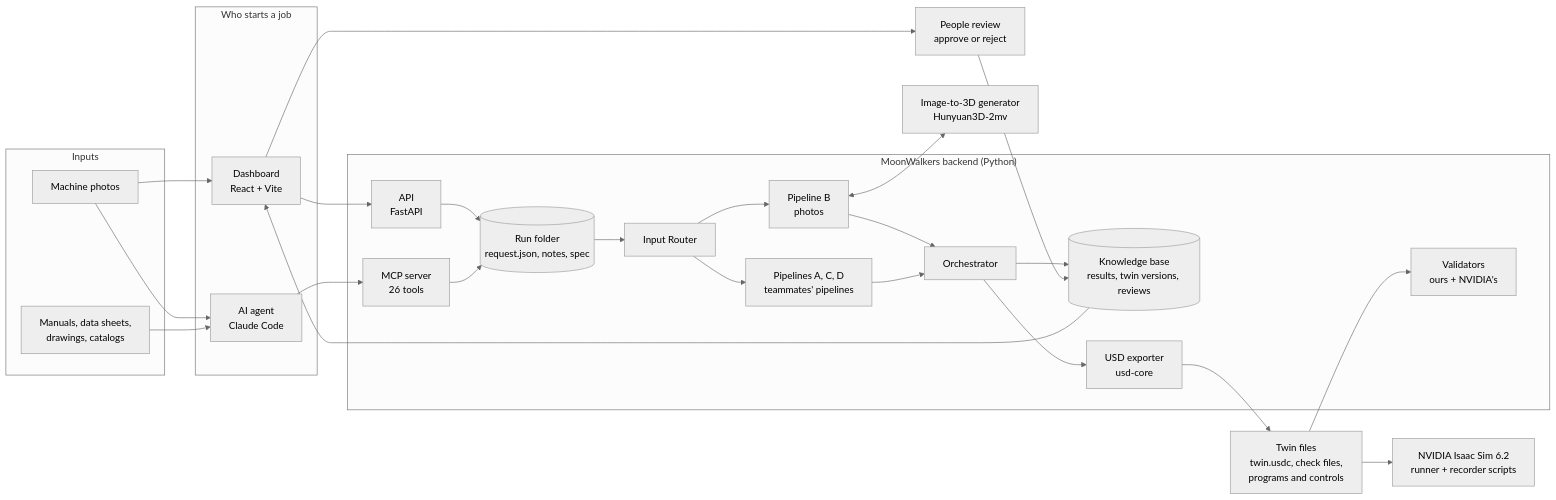
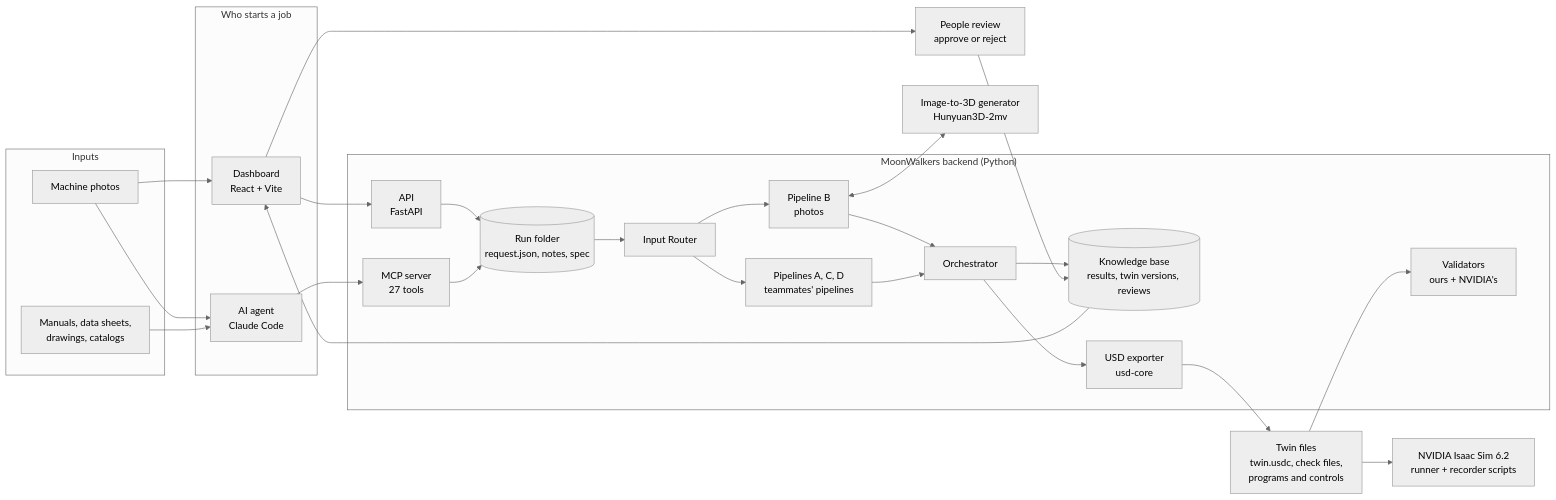
Before and after one commit to DanSweet734/MoonWalkers---Multimodal-Digital-Twin-Generator: the first of 8 diagrams in docs/how-a-twin-is-built.md, drawn with Mermaid (neutral theme). The commit also changed other lines of this file and 10 other files, not shown here.

````diff
--- a/docs/how-a-twin-is-built.md
+++ b/docs/how-a-twin-is-built.md
@@ -13,45 +13,45 @@
 ```mermaid
 flowchart LR
     subgraph IN["Inputs"]
         P["Machine photos"]
         D["Manuals, data sheets,<br/>drawings, catalogs"]
     end
     subgraph START["Who starts a job"]
         DASH["Dashboard<br/>React + Vite"]
         AG["AI agent<br/>Claude Code"]
     end
     subgraph PLATFORM["MoonWalkers backend (Python)"]
         API["API<br/>FastAPI"]
-        MCP["MCP server<br/>26 tools"]
+        MCP["MCP server<br/>27 tools"]
         RUN[("Run folder<br/>request.json, notes, spec")]
         ROUTER["Input Router"]
         PB["Pipeline B<br/>photos"]
         PACD["Pipelines A, C, D<br/>teammates' pipelines"]
         ORCH["Orchestrator"]
         KB[("Knowledge base<br/>results, twin versions, reviews")]
         EXP["USD exporter<br/>usd-core"]
         VAL["Validators<br/>ours + NVIDIA's"]
     end
     GEN["Image-to-3D generator<br/>Hunyuan3D-2mv"]
     OUT["Twin files<br/>twin.usdc, check files,<br/>programs and controls"]
     SIM["NVIDIA Isaac Sim 6.2<br/>runner + recorder scripts"]
     REV["People review<br/>approve or reject"]
 
     P --> DASH
     P --> AG
     D --> AG
     DASH --> API --> RUN
     AG --> MCP --> RUN
     RUN --> ROUTER
     ROUTER --> PB
     ROUTER --> PACD
     PB <--> GEN
     PB --> ORCH
     PACD --> ORCH
     ORCH --> KB
     ORCH --> EXP --> OUT
     OUT --> VAL
     OUT --> SIM
     KB --> DASH
     DASH --> REV --> KB
 ```
````
